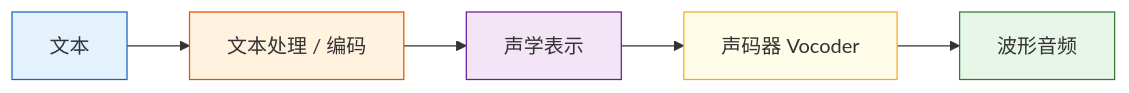
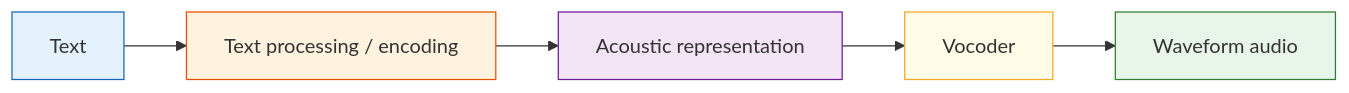
One commit to oudbiao/AI-fullstack-course changed the second of 2 diagrams in docs/ch12-multimodal/ch03-video-gen/02-tts.md. Above: the diagram before and after it, drawn with Mermaid. The commit also changed other lines of this file and 1406 other files, not shown here.

````diff
--- a/docs/ch12-multimodal/ch03-video-gen/02-tts.md
+++ b/docs/ch12-multimodal/ch03-video-gen/02-tts.md
@@ -115,13 +115,13 @@
 ```mermaid
 flowchart LR
-    A["文本"] --> B["文本处理 / 编码"]
-    B --> C["声学表示"]
-    C --> D["声码器 Vocoder"]
-    D --> E["波形音频"]
+    A["Text"] --> B["Text processing / encoding"]
+    B --> C["Acoustic representation"]
+    C --> D["Vocoder"]
+    D --> E["Waveform audio"]
 
     style A fill:#e3f2fd,stroke:#1565c0,color:#333
     style B fill:#fff3e0,stroke:#e65100,color:#333
     style C fill:#f3e5f5,stroke:#6a1b9a,color:#333
     style D fill:#fffde7,stroke:#f9a825,color:#333
     style E fill:#e8f5e9,stroke:#2e7d32,color:#333
 ```
````
